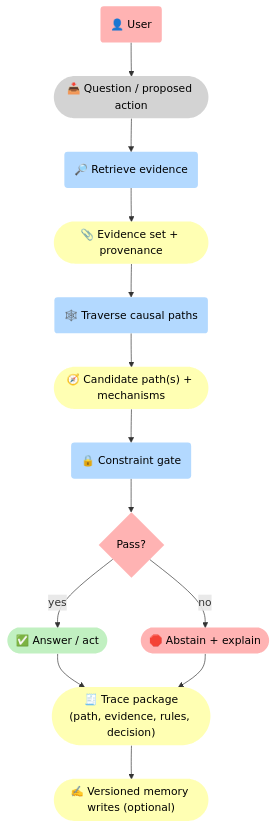
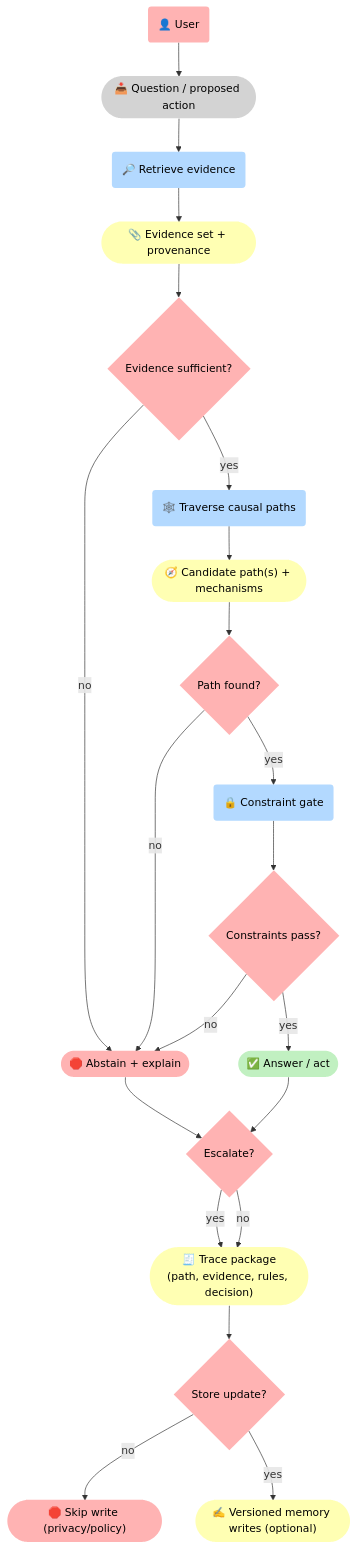
One commit to 5Reasons/5reasons.github.io changed the first of 2 diagrams in docs/services/implementation.md. Above: the diagram before and after it, drawn with Mermaid. The commit also changed other lines of this file and 11 other files, not shown here.

````diff
--- a/docs/services/implementation.md
+++ b/docs/services/implementation.md
@@ -49,37 +49,58 @@
 ```mermaid
 flowchart TB
 %% Styles (brModel Standard)
 classDef i fill:#D3D3D3,stroke-width:0px,color:#000;
 classDef p fill:#B3D9FF,stroke-width:0px,color:#000;
 classDef r fill:#FFFFB3,stroke-width:0px,color:#000;
 classDef o fill:#C1F0C1,stroke-width:0px,color:#000;
 classDef s fill:#FFB3B3,stroke-width:0px,color:#000;
 
 S_User("👤 User"):::s
 I_Q(["📥 Question / proposed action"]):::i
 
 P_Ret("🔎 Retrieve evidence"):::p
 R_Ev(["📎 Evidence set + provenance"]):::r
 
+G_Ev{"Evidence sufficient?"}:::s
+
 P_Trv("🕸️ Traverse causal paths"):::p
 R_Path(["🧭 Candidate path(s) + mechanisms"]):::r
 
+G_Path{"Path found?"}:::s
+
 P_Gate("🔒 Constraint gate"):::p
-G_OK{"Pass?"}:::s
+G_OK{"Constraints pass?"}:::s
+
+G_Esc{"Escalate?"}:::s
 
 O_Act(["✅ Answer / act"]):::o
 S_Abs(["🛑 Abstain + explain"]):::s
 
 R_Trace(["🧾 Trace package<br>(path, evidence, rules, decision)"]):::r
 R_Mem(["✍️ Versioned memory writes (optional)"]):::r
 
-S_User --> I_Q --> P_Ret --> R_Ev --> P_Trv --> R_Path --> P_Gate --> G_OK
-G_OK -->|"yes"| O_Act --> R_Trace
-G_OK -->|"no"| S_Abs --> R_Trace
-R_Trace --> R_Mem
+G_Store{"Store update?"}:::s
+S_Skip(["🛑 Skip write (privacy/policy)"]):::s
+
+S_User --> I_Q --> P_Ret --> R_Ev --> G_Ev
+G_Ev -->|"no"| S_Abs
+G_Ev -->|"yes"| P_Trv --> R_Path --> G_Path
+
+G_Path -->|"no"| S_Abs
+G_Path -->|"yes"| P_Gate --> G_OK
+
+G_OK -->|"no"| S_Abs --> G_Esc
+G_OK -->|"yes"| O_Act --> G_Esc
+
+G_Esc -->|"yes"| R_Trace
+G_Esc -->|"no"| R_Trace
+
+R_Trace --> G_Store
+G_Store -->|"no"| S_Skip
+G_Store -->|"yes"| R_Mem
 
 %% Clickable nodes
 click P_Gate "/methodology/constraints/" "Constraints & SHACL"
 click P_Trv "/methodology/causalgraphrag/" "CausalGraphRAG"
 click R_Trace "/methodology/brcausalgraphrag/" "Trace objects"
 ```
````
